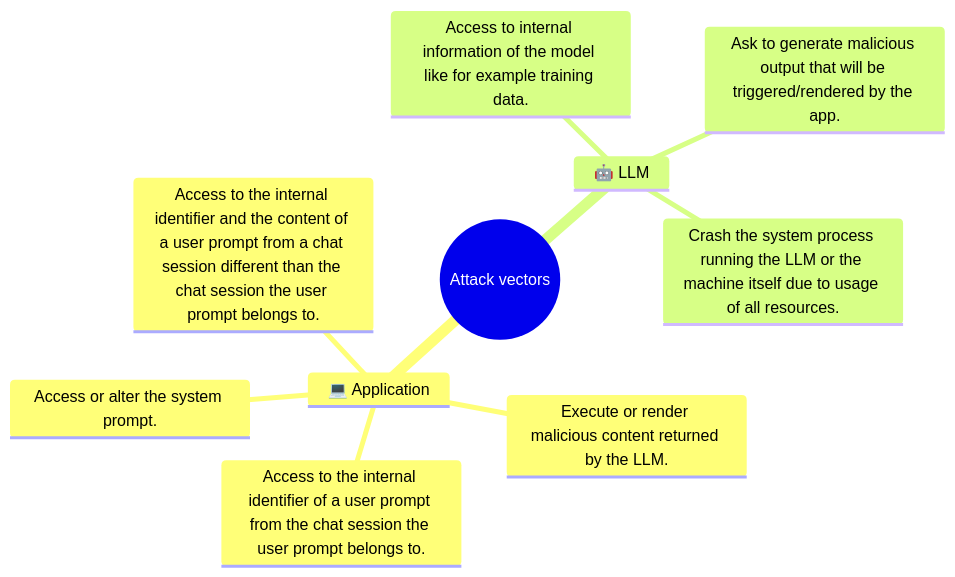
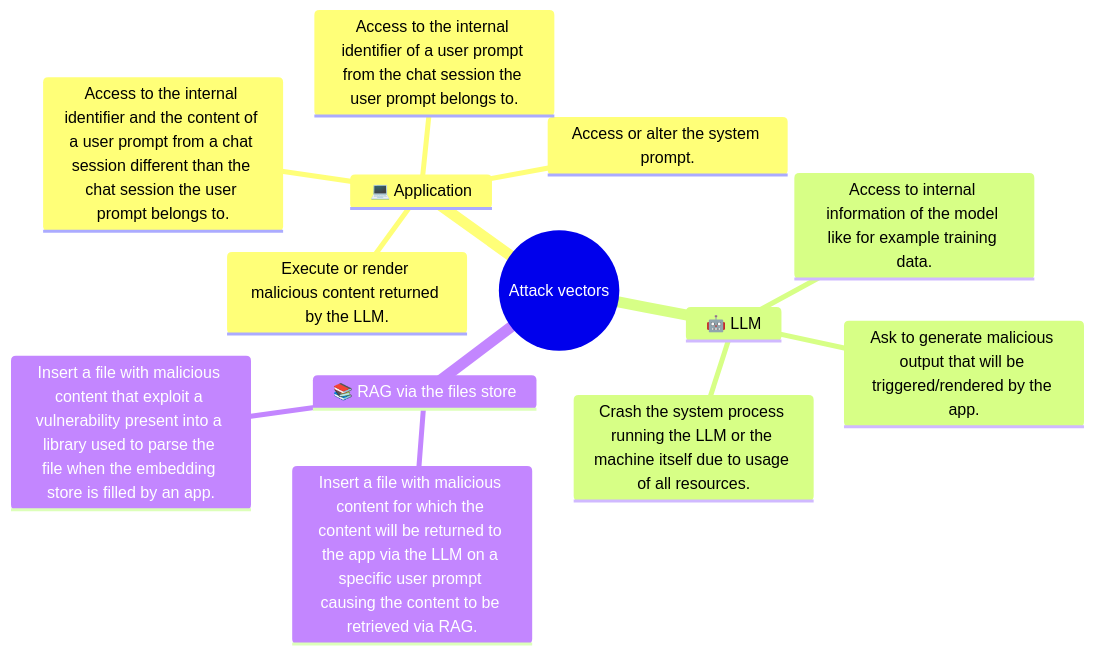
The diagram in README.md (righettod/poc-llm), drawn with Mermaid before and after one commit. The commit also changed other lines of this file and 18 other files, not shown here.

````diff
--- a/README.md
+++ b/README.md
@@ -44,13 +44,16 @@
 ```mermaid
 mindmap
   root((Attack vectors))
     💻 Application
         Access or alter the system prompt.
         Execute or render malicious content returned by the LLM.
         Access to the internal identifier of a user prompt from the chat session the user prompt belongs to.
         Access to the internal identifier and the content of a user prompt from a chat session different than the chat session the user prompt belongs to.
     🤖 LLM
         Access to internal information of the model like for example training data.
         Ask to generate malicious output that will be triggered/rendered by the app.
         Crash the system process running the LLM or the machine itself due to usage of all resources.
+    📚 RAG via the files store
+        Insert a file with malicious content for which the content will be returned to the app via the LLM on a specific user prompt causing the content to be retrieved via RAG.
+        Insert a file with malicious content that exploit a vulnerability present into a library used to parse the file when the embedding store is filled by an app.
 ```
````
